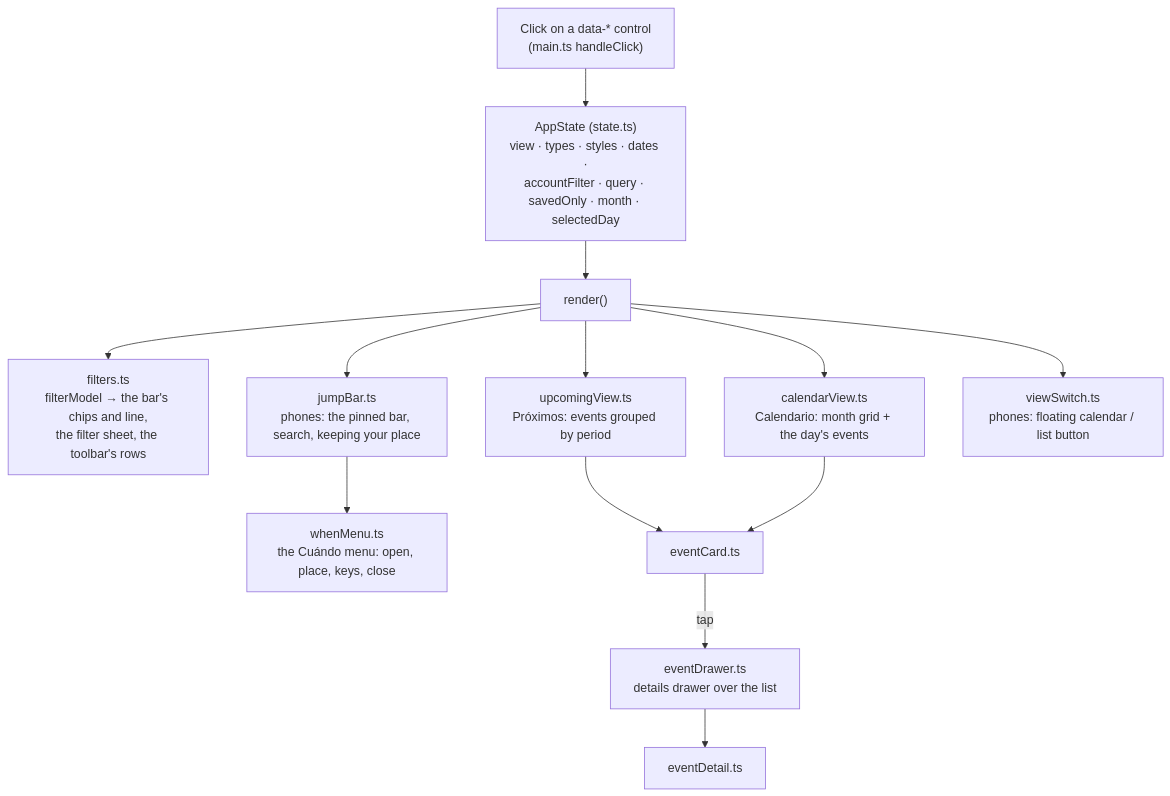
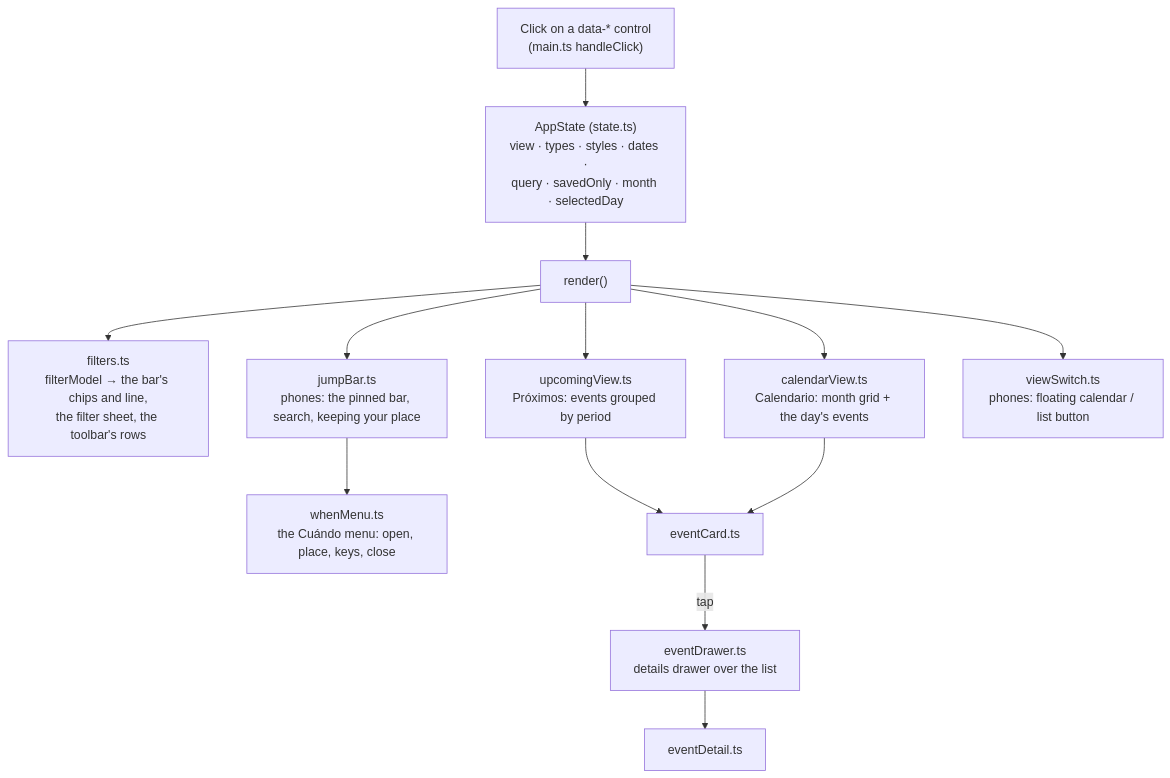
Before and after one commit to pa-bailar/pa-bailar.github.io: the seventh of 9 diagrams in docs/ARCHITECTURE.md, drawn with Mermaid. The commit also changed other lines of this file and 21 other files, not shown here.

First line of the commit message:
feat(ui): keep people in the app: profiles and posts open inside the site; no account filter (#87)

````diff
--- a/docs/ARCHITECTURE.md
+++ b/docs/ARCHITECTURE.md
@@ -352,16 +352,16 @@
 ```mermaid
 flowchart TD
-    ST["AppState (state.ts)<br/>view · types · styles · dates ·<br/>accountFilter · query · savedOnly · month · selectedDay"]
+    ST["AppState (state.ts)<br/>view · types · styles · dates ·<br/>query · savedOnly · month · selectedDay"]
     CLICK["Click on a data-* control<br/>(main.ts handleClick)"] --> ST
     ST --> R["render()"]
     R --> F["filters.ts<br/>filterModel → the bar's chips and line,<br/>the filter sheet, the toolbar's rows"]
     R --> U["upcomingView.ts<br/>Próximos: events grouped by period"]
     R --> C["calendarView.ts<br/>Calendario: month grid + the day's events"]
     R --> J["jumpBar.ts<br/>phones: the pinned bar, search, keeping your place"]
     J --> WM["whenMenu.ts<br/>the Cuándo menu: open, place, keys, close"]
     R --> VS["viewSwitch.ts<br/>phones: floating calendar / list button"]
     U --> CARD["eventCard.ts"]
     C --> CARD
     CARD -- "tap" --> DLG["eventDrawer.ts<br/>details drawer over the list"]
     DLG --> DET["eventDetail.ts"]
 ```
````
